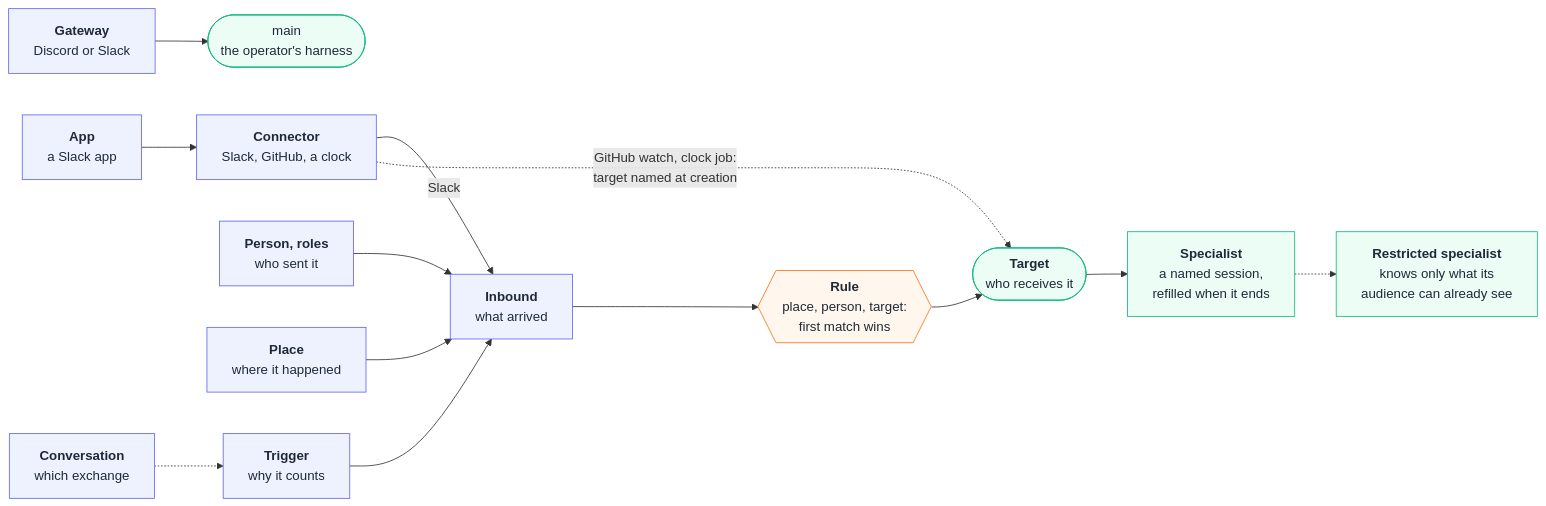
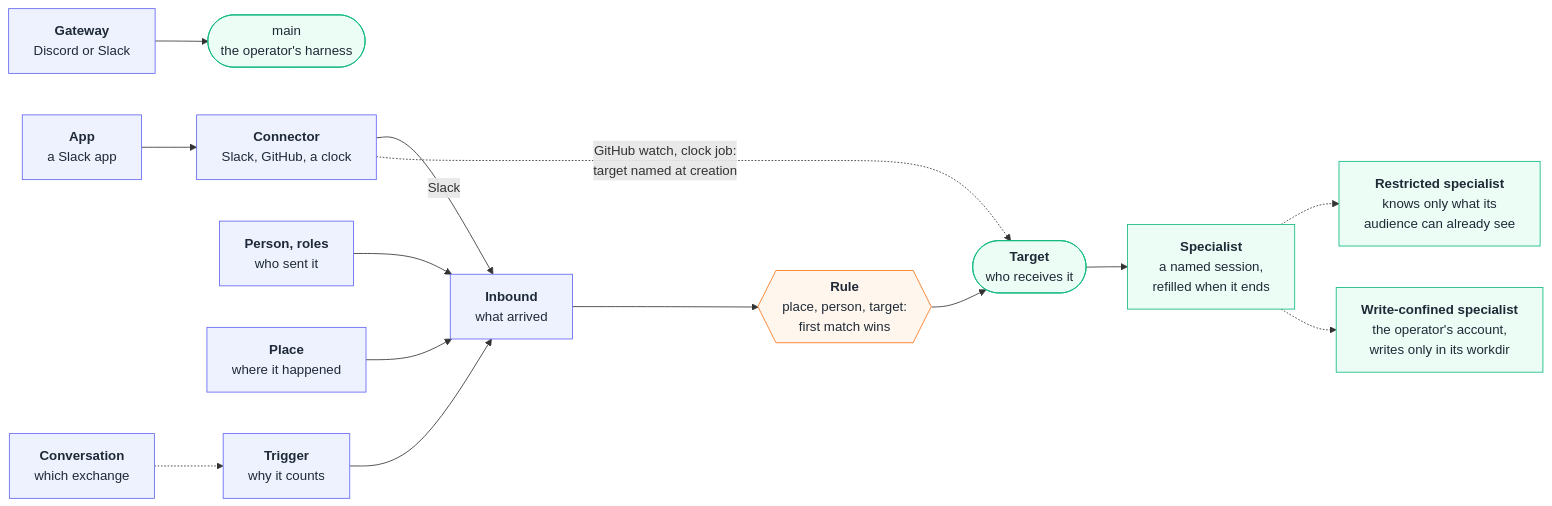
The diagram in diagrams/core.mmd (sf8193/hydra), drawn with Mermaid before and after one commit. The commit also changed 43 other files, not shown here.

First line of the commit message:
A specialist is restricted, write-confined, or neither: the config type cannot hold both

```diff
--- a/diagrams/core.mmd
+++ b/diagrams/core.mmd
@@ -1,19 +1,20 @@
 flowchart LR
   GW["<b>Gateway</b><br/>Discord or Slack"] --> MN(["main<br/>the operator's harness"])
   AP["<b>App</b><br/>a Slack app"] --> CN["<b>Connector</b><br/>Slack, GitHub, a clock"]
   CN -- "Slack" --> IN["<b>Inbound</b><br/>what arrived"]
   PE["<b>Person, roles</b><br/>who sent it"] --> IN
   PL["<b>Place</b><br/>where it happened"] --> IN
   TR["<b>Trigger</b><br/>why it counts"] --> IN
   CV["<b>Conversation</b><br/>which exchange"] -.-> TR
   IN --> RU{{"<b>Rule</b><br/>place, person, target:<br/>first match wins"}}
   RU --> TG(["<b>Target</b><br/>who receives it"])
   CN -. "GitHub watch, clock job:<br/>target named at creation" .-> TG
   TG --> SP["<b>Specialist</b><br/>a named session,<br/>refilled when it ends"]
   SP -.-> RS["<b>Restricted specialist</b><br/>knows only what its<br/>audience can already see"]
+  SP -.-> WC["<b>Write-confined specialist</b><br/>the operator's account,<br/>writes only in its workdir"]
   classDef core fill:#ecfdf5,stroke:#10b981,color:#1f2937
   classDef step fill:#eef2ff,stroke:#6366f1,color:#1f2937
   classDef gate fill:#fff7ed,stroke:#f97316,color:#1f2937
-  class TG,SP,RS,MN core
+  class TG,SP,RS,WC,MN core
   class GW,AP,CN,IN,PE,PL,TR,CV step
   class RU gate
```
